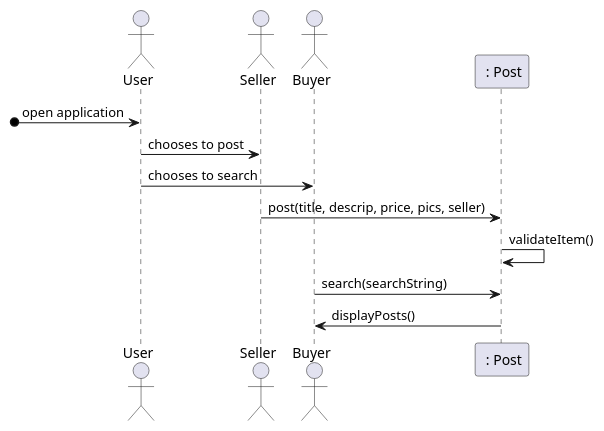
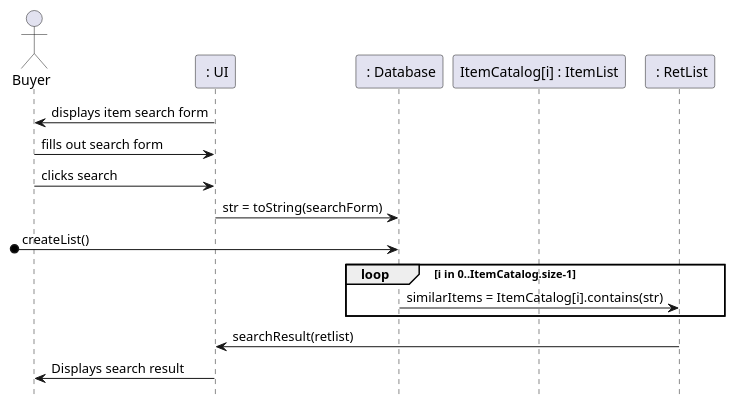
Before and after one commit to remyben-creator/Marketplace-Application: the second of 3 diagrams in Phase2/design.md, drawn with PlantUML. The commit also changed other lines of this file, not shown here.

Commit message:
Sequence Diagrams Completed

````diff
--- a/Phase2/design.md
+++ b/Phase2/design.md
@@ -39,16 +41,22 @@
 ```plantuml
-actor User as user
-actor Seller as seller
+hide footbox
 actor Buyer as buyer
-participant " : Post" as post
+participant " : UI" as ui
+participant " : Database" as database
+participant "ItemCatalog[i] : ItemList" as itemlist
+participant " : RetList" as retlist
 
-[o-> user : open application
-user -> seller : chooses to post
-user -> buyer : chooses to search
 
-seller -> post : post(title, descrip, price, pics, seller)
-post -> post : validateItem()
+ui -> buyer : displays item search form 
+buyer -> ui : fills out search form
+buyer -> ui : clicks search
+ui -> database : str = toString(searchForm)
+[o-> database : createList()
+loop i in 0..ItemCatalog.size-1
+    database -> retlist : similarItems = ItemCatalog[i].contains(str)
+end
+retlist -> ui : searchResult(retlist)
+ui -> buyer : Displays search result
 
-buyer -> post : search(searchString) 
-post -> buyer : displayPosts()
+
 ```
````
